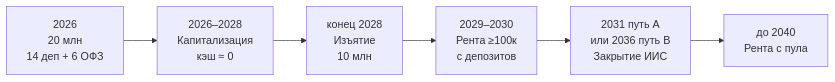
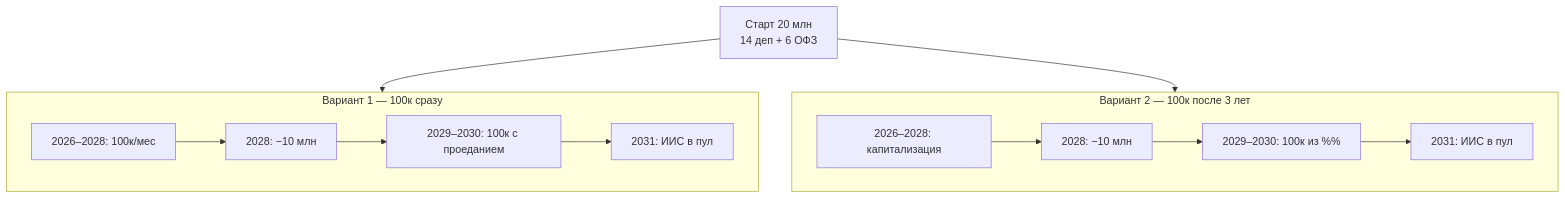
The diagram in plan/CASHFLOW.md (kbzdox/MozgaTrust), drawn with Mermaid before and after one commit. The commit also changed other lines of this file and 14 other files, not shown here.

````diff
--- a/plan/CASHFLOW.md
+++ b/plan/CASHFLOW.md
@@ -113,19 +107,16 @@
 ```mermaid
-flowchart LR
-  A["2026
-20 млн
-14 деп + 6 ОФЗ"] --> B["2026–2028
-Капитализация
-кэш ≈ 0"]
-  B --> C["конец 2028
-Изъятие
-10 млн"]
-  C --> D["2029–2030
-Рента ≥100к
-с депозитов"]
-  D --> E["2031 путь A
-или 2036 путь B
-Закрытие ИИС"]
-  E --> F["до 2040
-Рента с пула"]
+flowchart TB
+  S["Старт 20 млн
+14 деп + 6 ОФЗ"] --> V1
+  S --> V2
+  subgraph V1["Вариант 1 — 100к сразу"]
+    A1["2026–2028: 100к/мес"] --> A2["2028: −10 млн"]
+    A2 --> A3["2029–2030: 100к с проеданием"]
+    A3 --> A4["2031: ИИС в пул"]
+  end
+  subgraph V2["Вариант 2 — 100к после 3 лет"]
+    B1["2026–2028: капитализация"] --> B2["2028: −10 млн"]
+    B2 --> B3["2029–2030: 100к из %%"]
+    B3 --> B4["2031: ИИС в пул"]
+  end
 ```
````
